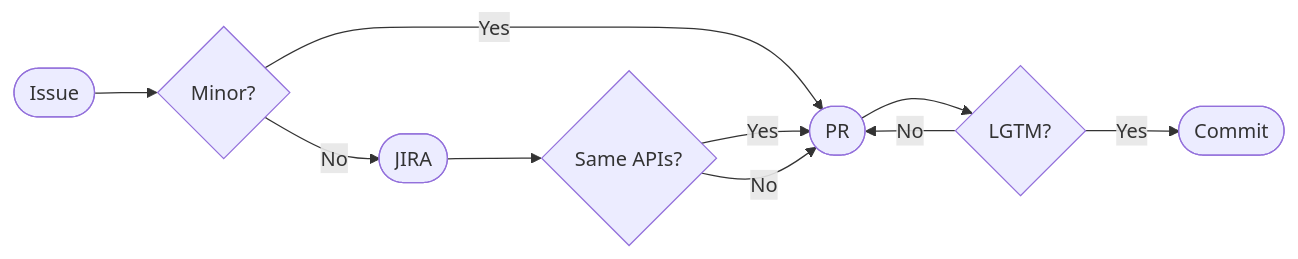
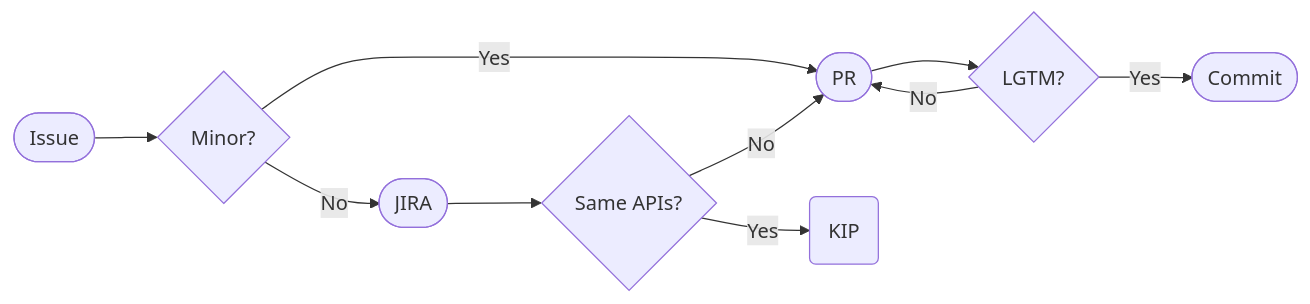
One commit to apalan60/Notes changed the first of 2 diagrams in Kafka.md. Above: the diagram before and after it, drawn with Mermaid. The commit also changed other lines of this file, not shown here.

````diff
--- a/Kafka.md
+++ b/Kafka.md
@@ -106,12 +107,12 @@
 ```mermaid
 flowchart LR
     A([Issue]) --> B{Minor?}
     B -- Yes --> C([PR])
     B -- No --> D([JIRA])
     D --> E{Same APIs?}
-    E -- Yes --> C
+    E -- Yes --> H(KIP)
     E -- No --> C
     C --> F{LGTM?}
     F -- Yes --> G([Commit])
     F -- No --> C
 ```
````
